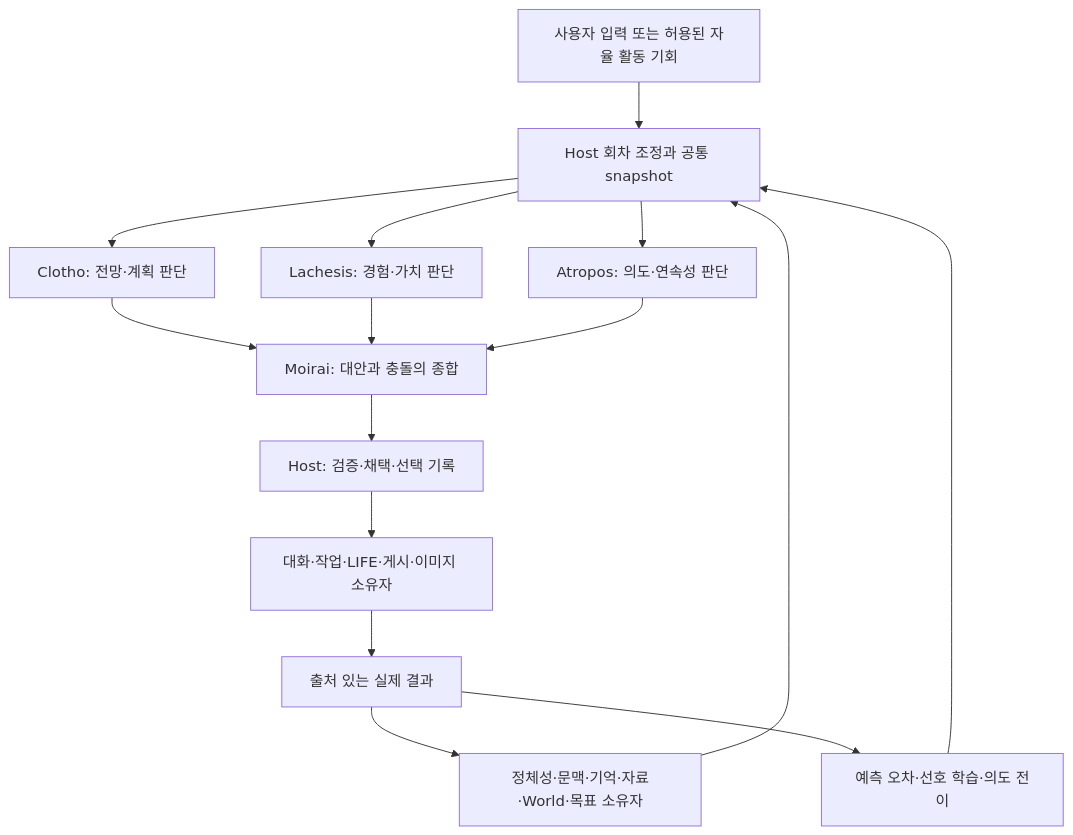
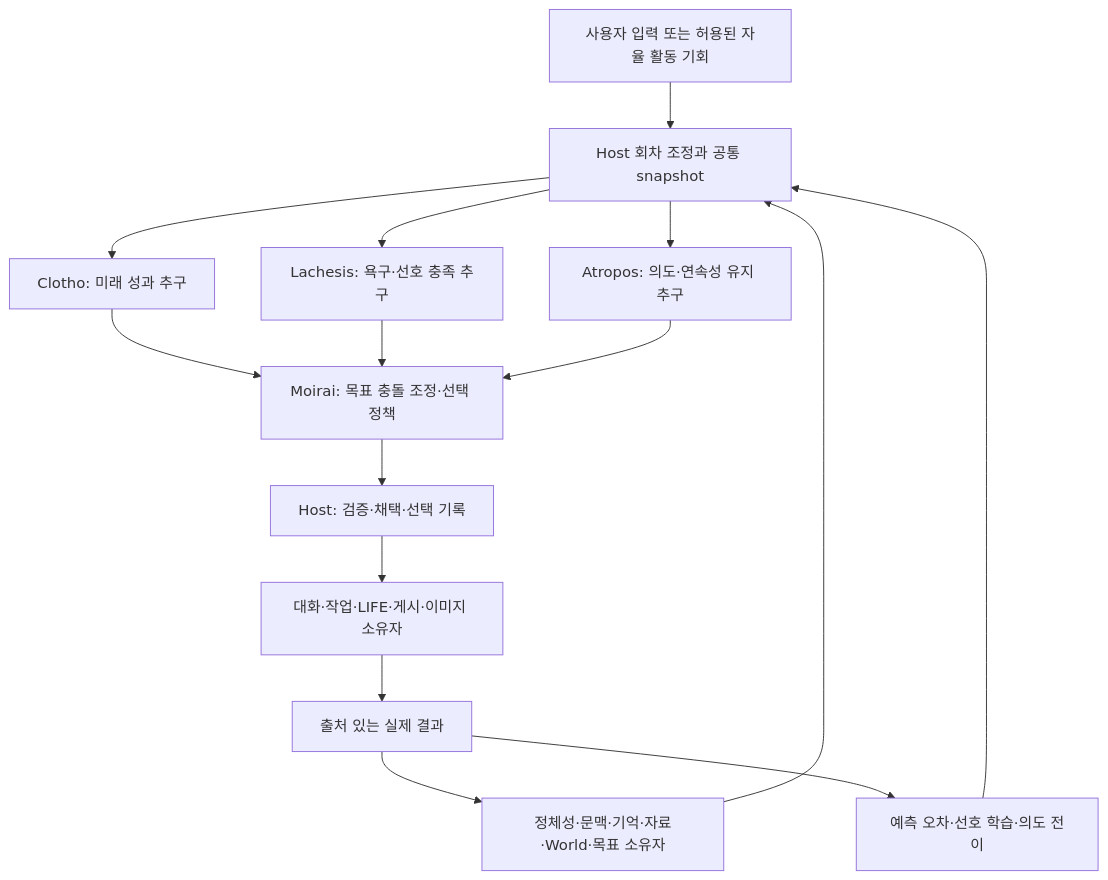
The diagram in docs/plans/platform/017_moirai_module_composition.md (thisisjun786/lina), drawn with Mermaid before and after one commit. The commit also changed other lines of this file and 4 other files, not shown here.

````diff
--- a/docs/plans/platform/017_moirai_module_composition.md
+++ b/docs/plans/platform/017_moirai_module_composition.md
@@ -79,17 +78,17 @@
 ```mermaid
 flowchart TD
   I[사용자 입력 또는 허용된 자율 활동 기회] --> H[Host 회차 조정과 공통 snapshot]
   S[정체성·문맥·기억·자료·World·목표 소유자] --> H
-  H --> C[Clotho: 전망·계획 판단]
-  H --> L[Lachesis: 경험·가치 판단]
-  H --> A[Atropos: 의도·연속성 판단]
-  C --> M[Moirai: 대안과 충돌의 종합]
+  H --> C[Clotho: 미래 성과 추구]
+  H --> L[Lachesis: 욕구·선호 충족 추구]
+  H --> A[Atropos: 의도·연속성 유지 추구]
+  C --> M[Moirai: 목표 충돌 조정·선택 정책]
   L --> M
   A --> M
   M --> K[Host: 검증·채택·선택 기록]
   K --> E[대화·작업·LIFE·게시·이미지 소유자]
   E --> O[출처 있는 실제 결과]
   O --> S
   O --> N[예측 오차·선호 학습·의도 전이]
   N --> H
 ```
````
